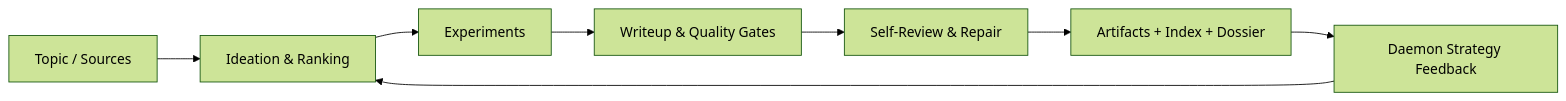
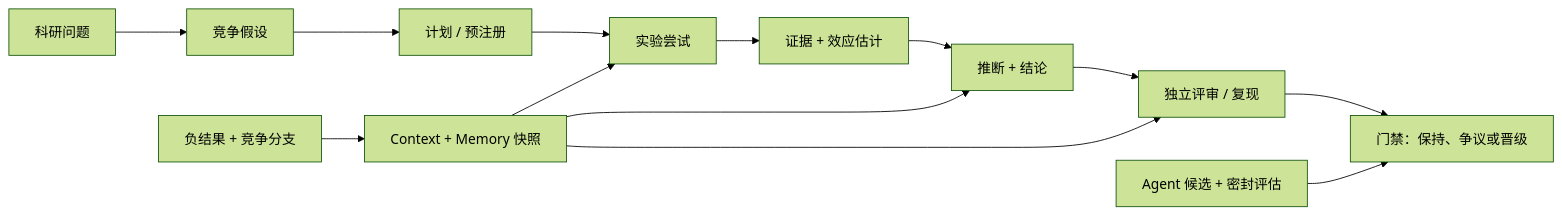
The first of 2 diagrams in docs/README.zh.md (smileformylove/XScientist), drawn with Mermaid (forest theme) before and after one commit. The commit also changed other lines of this file and 2 other files, not shown here.

````diff
--- a/docs/README.zh.md
+++ b/docs/README.zh.md
@@ -102,10 +185,16 @@
 ```mermaid
 flowchart LR
-  A["Topic / Sources"] --> B["Ideation & Ranking"]
-  B --> C["Experiments"]
-  C --> D["Writeup & Quality Gates"]
-  D --> E["Self-Review & Repair"]
-  E --> F["Artifacts + Index + Dossier"]
-  F --> G["Daemon Strategy Feedback"]
-  G --> B
+  Q["科研问题"] --> H["竞争假设"]
+  H --> P["计划 / 预注册"]
+  P --> X["实验尝试"]
+  X --> E["证据 + 效应估计"]
+  E --> I["推断 + 结论"]
+  I --> R["独立评审 / 复现"]
+  R --> G["门禁：保持、争议或晋级"]
+
+  C["Context + Memory 快照"] --> X
+  C --> I
+  C --> R
+  N["负结果 + 竞争分支"] --> C
+  V["Agent 候选 + 密封评估"] --> G
 ```
````
